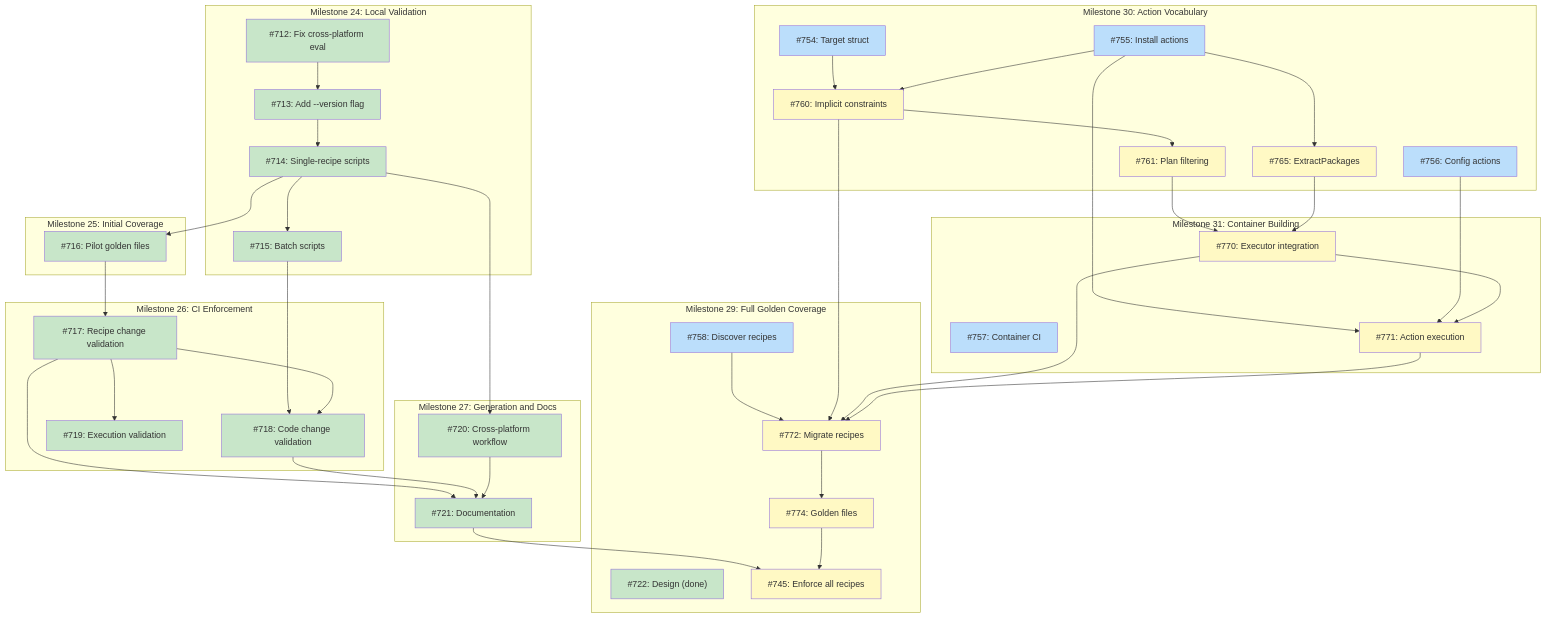
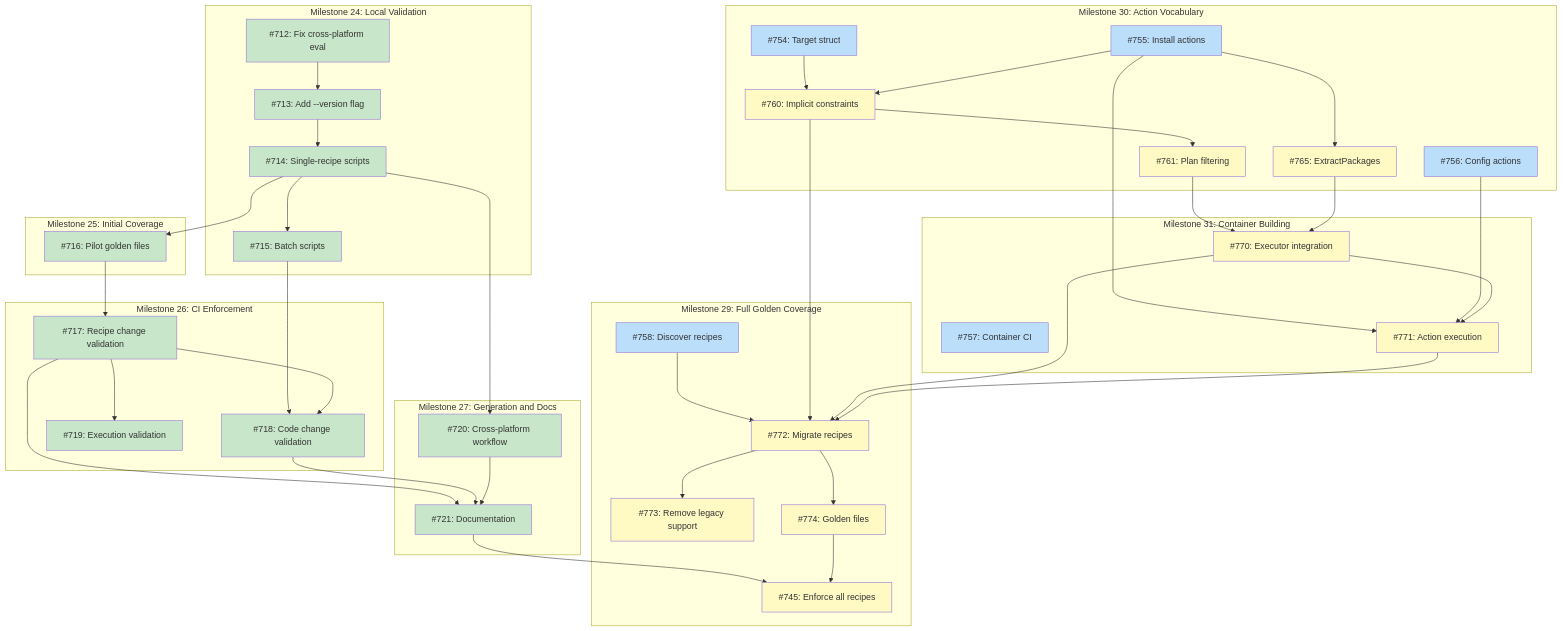
The diagram in docs/DESIGN-golden-plan-testing.md (tsukumogami/tsuku), drawn with Mermaid before and after one commit. The commit also changed other lines of this file, not shown here.

Commit message:
docs(design): update golden-plan-testing to reflect completed planning
- Remove #722 from implementation tables (design work is complete)
- Add #773 (remove legacy support) to dependency graph
- Update Blocker section header: "implementation in progress" → "designed and planned"
- Clarify that 22 issues across 3 milestones are ready for development

````diff
--- a/docs/DESIGN-golden-plan-testing.md
+++ b/docs/DESIGN-golden-plan-testing.md
@@ -116,9 +115,9 @@
     end
 
     subgraph M29["Milestone 29: Full Golden Coverage"]
-        I722["#722: Design (done)"]
         I758["#758: Discover recipes"]
         I772["#772: Migrate recipes"]
+        I773["#773: Remove legacy support"]
         I774["#774: Golden files"]
         I745["#745: Enforce all recipes"]
     end
@@ -149,6 +148,7 @@
     I760 --> I772
     I770 --> I772
     I771 --> I772
+    I772 --> I773
     I772 --> I774
     I721 --> I745
     I774 --> I745
@@ -157,7 +157,7 @@
     classDef ready fill:#bbdefb
     classDef blocked fill:#fff9c4
 
-    class I712,I713,I714,I715,I716,I717,I718,I719,I720,I721,I722 done
+    class I712,I713,I714,I715,I716,I717,I718,I719,I720,I721 done
     class I754,I755,I756,I757,I758 ready
-    class I760,I761,I765,I770,I771,I772,I774,I745 blocked
+    class I760,I761,I765,I770,I771,I772,I773,I774,I745 blocked
 ```
````
